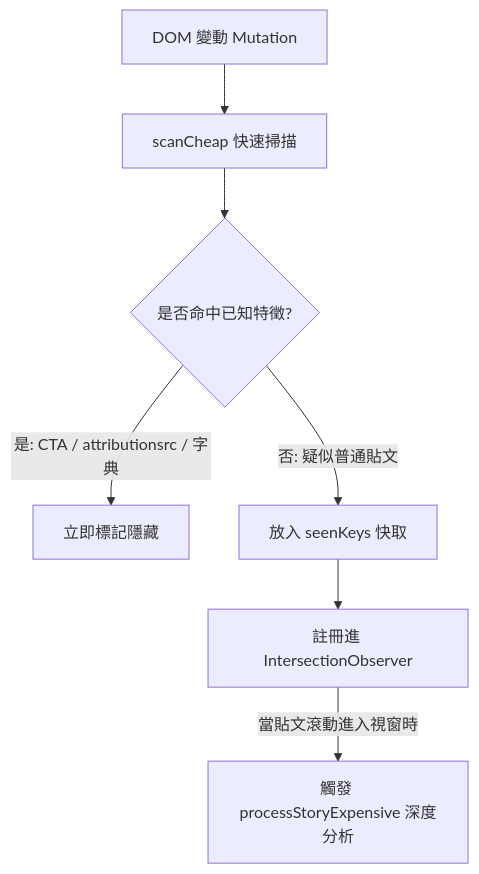
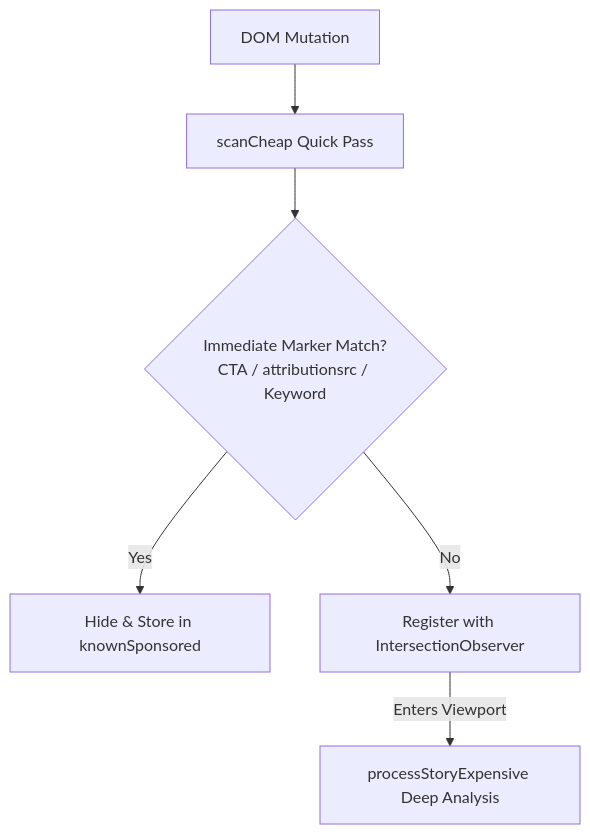
Before and after one commit to Amppa/fb-feed-diet: the diagram in docs/research/feed-filter-for-facebook.md, drawn with Mermaid. The commit also changed other lines of this file and 9 other files, not shown here.

````diff
--- a/docs/research/feed-filter-for-facebook.md
+++ b/docs/research/feed-filter-for-facebook.md
@@ -38,9 +36,8 @@
 ```mermaid
 graph TD
-    A[DOM 變動 Mutation] --> B[scanCheap 快速掃描]
-    B --> C{是否命中已知特徵?}
-    C -->|是: CTA / attributionsrc / 字典| D[立即標記隱藏]
-    C -->|否: 疑似普通貼文| E[放入 seenKeys 快取]
-    E --> F[註冊進 IntersectionObserver]
-    F -->|當貼文滾動進入視窗時| G[觸發 processStoryExpensive 深度分析]
+    A[DOM Mutation] --> B[scanCheap Quick Pass]
+    B --> C{Immediate Marker Match?<br/>CTA / attributionsrc / Keyword}
+    C -->|Yes| D[Hide & Store in knownSponsored]
+    C -->|No| E[Register with IntersectionObserver]
+    E -->|Enters Viewport| F[processStoryExpensive Deep Analysis]
 ```
````
